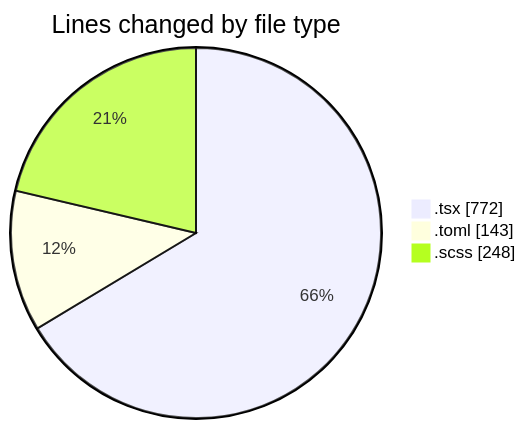
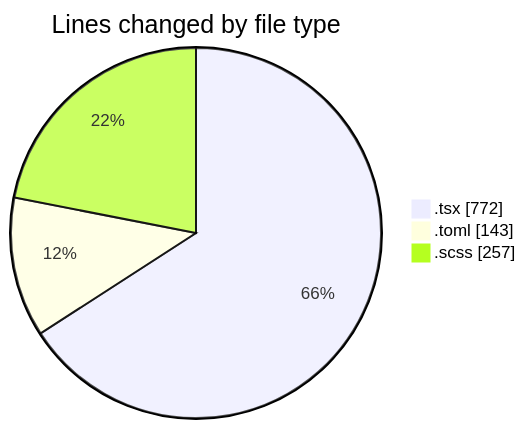
Before and after one commit to momahboobian/code-tracking: the first of 2 diagrams in 2026-11-02/cda/README.md, drawn with Mermaid. The commit also changed other lines of this file and 1 other file, not shown here.

````diff
--- a/2026-11-02/cda/README.md
+++ b/2026-11-02/cda/README.md
@@ -24,7 +24,7 @@
 ```mermaid
 pie showData
 title Lines changed by file type
 ".tsx" : 772
 ".toml" : 143
-".scss" : 248
+".scss" : 257
 ```
````
